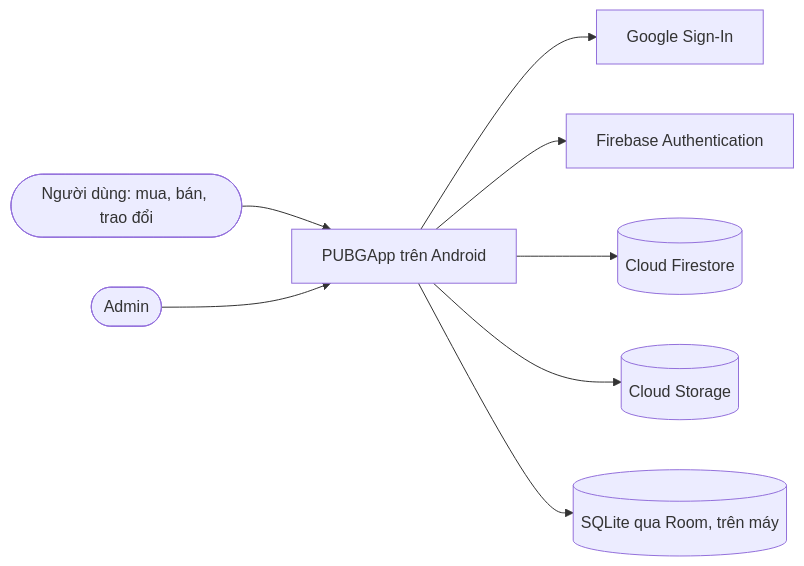
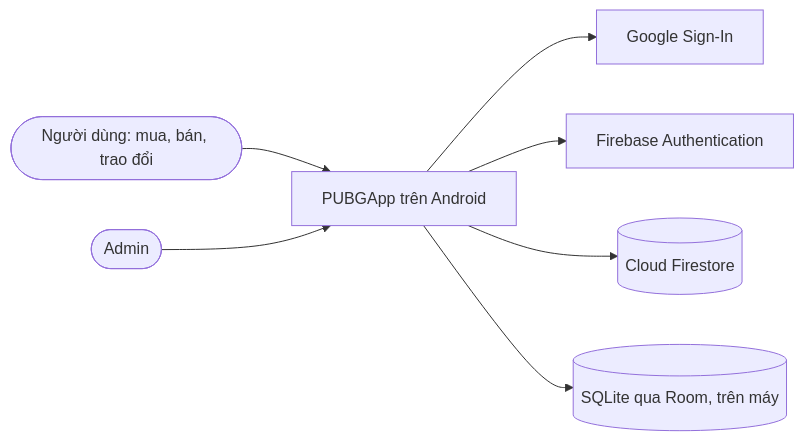
One commit to tahpnart8/NHOM3-MobileApp changed the diagram in workflow/docs/architecture/overview.md. Above: the diagram before and after it, drawn with Mermaid. The commit also changed other lines of this file and 116 other files, not shown here.

````diff
--- a/workflow/docs/architecture/overview.md
+++ b/workflow/docs/architecture/overview.md
@@ -51,10 +55,9 @@
 ```mermaid
 flowchart LR
     U([Người dùng: mua, bán, trao đổi]) --> APP[PUBGApp trên Android]
     A([Admin]) --> APP
     APP --> GSI[Google Sign-In]
     APP --> AUTH[Firebase Authentication]
     APP --> FS[(Cloud Firestore)]
-    APP --> ST[(Cloud Storage)]
     APP --> DB[(SQLite qua Room, trên máy)]
 ```
````
